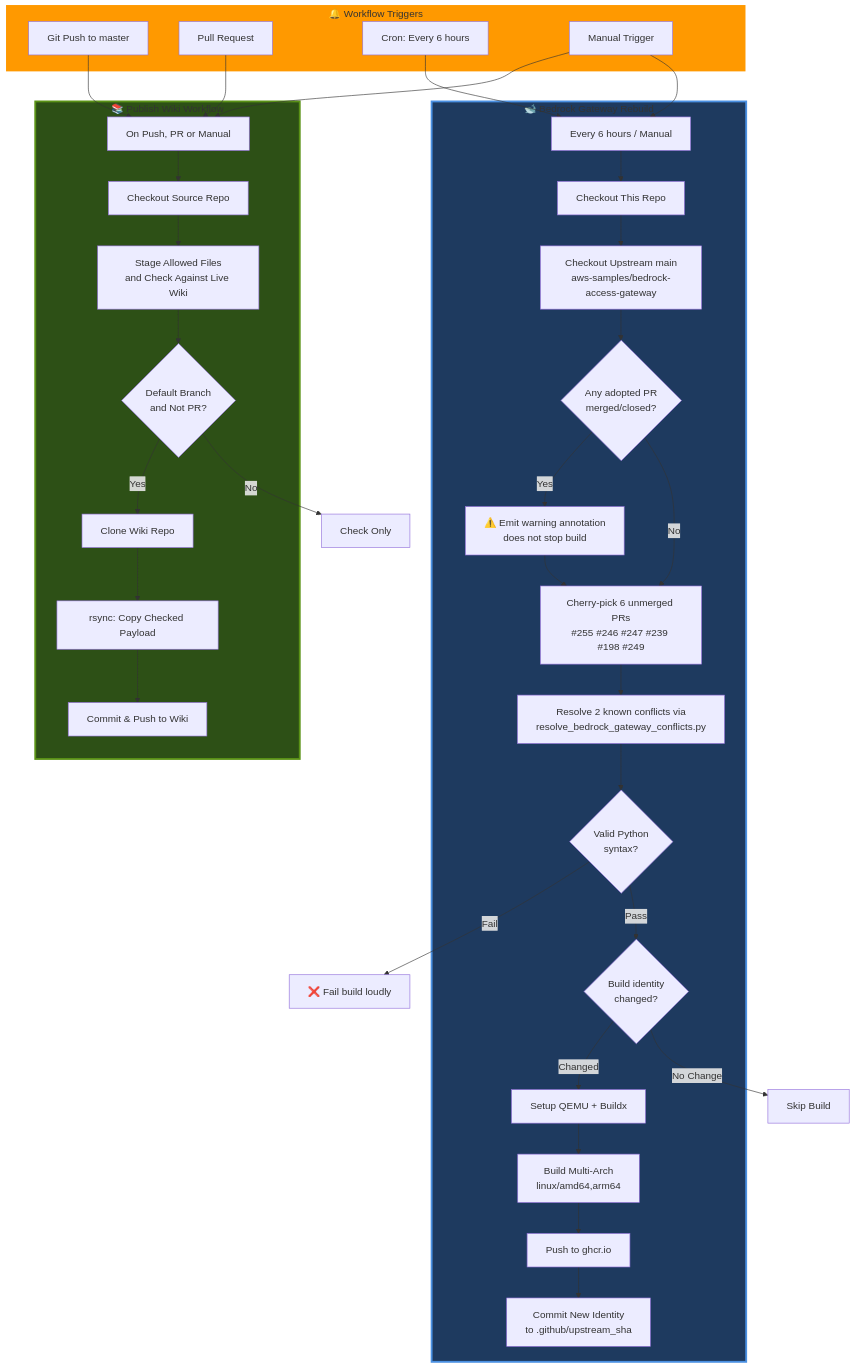
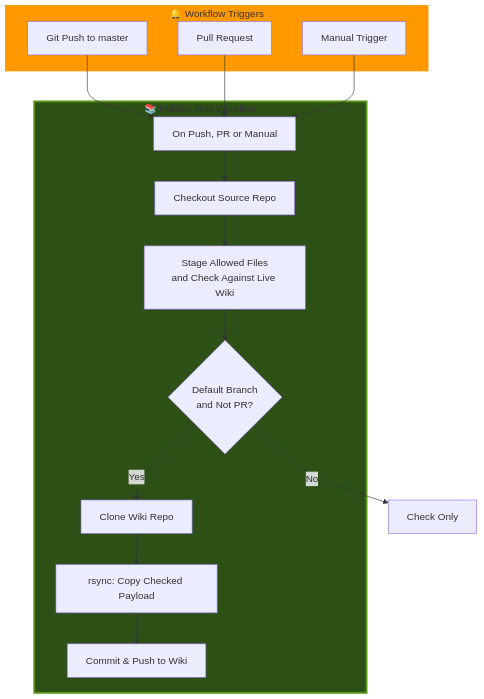
Before and after one commit to seadogger-tech/seadogger-homelab: the first of 3 diagrams in docs/wiki/15-CI-CD-and-GitHub-Actions.md, drawn with Mermaid. The commit also changed other lines of this file, not shown here.

Commit message:
docs: update docs/wiki/15-CI-CD-and-GitHub-Actions.md for retired Bedrock, OpenWebUI and Hermes (OCE-101)

````diff
--- a/docs/wiki/15-CI-CD-and-GitHub-Actions.md
+++ b/docs/wiki/15-CI-CD-and-GitHub-Actions.md
@@ -21,69 +21,33 @@
 ```mermaid
 graph TB
     subgraph Triggers["🔔 Workflow Triggers"]
         Push[Git Push to master]
         PR[Pull Request]
-        Schedule[Cron: Every 6 hours]
         Manual[Manual Trigger]
     end
 
     subgraph WikiFlow["📚 Publish Wiki Workflow"]
         WikiTrigger[On Push, PR or Manual]
         Checkout1[Checkout Source Repo]
         Preflight[Stage Allowed Files<br/>and Check Against Live Wiki]
         PublishCheck{Default Branch<br/>and Not PR?}
         CloneWiki[Clone Wiki Repo]
         Rsync[rsync: Copy Checked Payload]
         CommitWiki[Commit & Push to Wiki]
     end
 
-    subgraph BedrockFlow["🐋 Bedrock Gateway Rebuild"]
-        BedrockTrigger[Every 6 hours / Manual]
-        Checkout2[Checkout This Repo]
-        CheckUpstream[Checkout Upstream main<br/>aws-samples/bedrock-access-gateway]
-        PRStatus{Any adopted PR<br/>merged/closed?}
-        WarnPR[⚠️ Emit warning annotation<br/>does not stop build]
-        CherryPick[Cherry-pick 6 unmerged PRs<br/>#255 #246 #247 #239 #198 #249]
-        ResolveConflicts[Resolve 2 known conflicts via<br/>resolve_bedrock_gateway_conflicts.py]
-        SyntaxCheck{Valid Python<br/>syntax?}
-        CompareSSHA{Build identity<br/>changed?}
-        SetupBuildx[Setup QEMU + Buildx]
-        BuildPush[Build Multi-Arch<br/>linux/amd64,arm64]
-        PushGHCR[Push to ghcr.io]
-        UpdateSHA[Commit New Identity<br/>to .github/upstream_sha]
-    end
-
     Push --> WikiTrigger
     PR --> WikiTrigger
     Manual --> WikiTrigger
-    Schedule --> BedrockTrigger
-    Manual --> BedrockTrigger
 
     WikiTrigger --> Checkout1
     Checkout1 --> Preflight
     Preflight --> PublishCheck
     PublishCheck -->|Yes| CloneWiki
     PublishCheck -->|No| CheckDone[Check Only]
     CloneWiki --> Rsync
     Rsync --> CommitWiki
 
-    BedrockTrigger --> Checkout2
-    Checkout2 --> CheckUpstream
-    CheckUpstream --> PRStatus
-    PRStatus -->|Yes| WarnPR
-    PRStatus -->|No| CherryPick
-    WarnPR --> CherryPick
-    CherryPick --> ResolveConflicts
-    ResolveConflicts --> SyntaxCheck
-    SyntaxCheck -->|Fail| BuildFail1[❌ Fail build loudly]
-    SyntaxCheck -->|Pass| CompareSSHA
-    CompareSSHA -->|Changed| SetupBuildx
-    CompareSSHA -->|No Change| End1[Skip Build]
-    SetupBuildx --> BuildPush
-    BuildPush --> PushGHCR
-    PushGHCR --> UpdateSHA
-
     style WikiFlow fill:#2d5016,stroke:#5a9216,stroke-width:3px
-    style BedrockFlow fill:#1e3a5f,stroke:#4a90e2,stroke-width:3px
     style Triggers fill:#ff9900,stroke:#ff9900,stroke-width:3px
 ```
````
